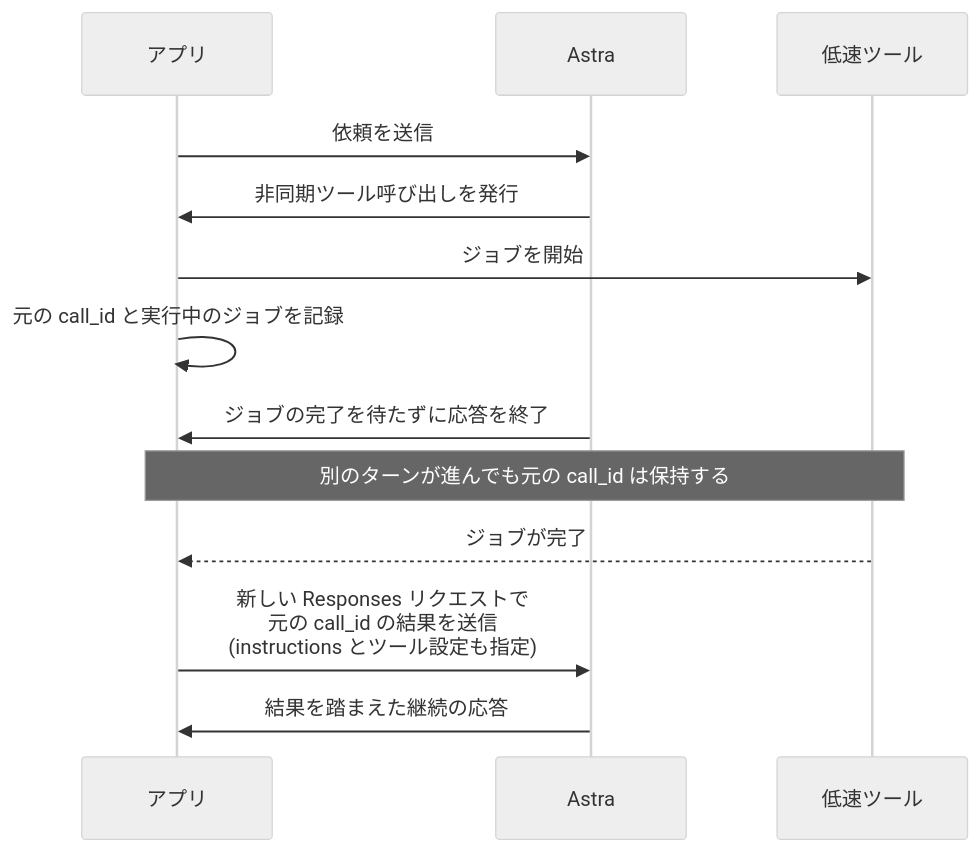
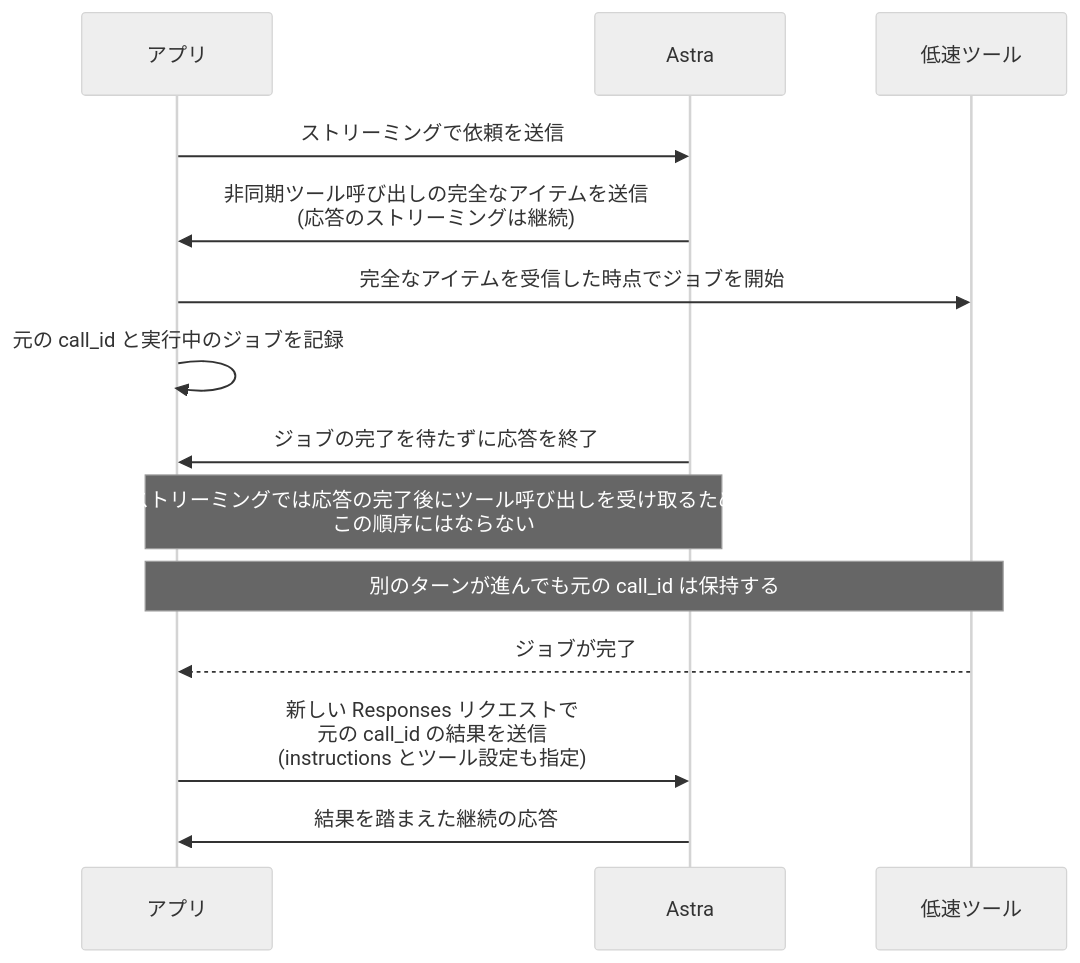
The seventh of 12 diagrams in Openai-gpt-6-astra-best-practices-guide.md (myoshi2891/Comparison-of-LLMs), drawn with Mermaid (neutral theme) before and after one commit. The commit also changed other lines of this file, not shown here.

````diff
--- a/Openai-gpt-6-astra-best-practices-guide.md
+++ b/Openai-gpt-6-astra-best-practices-guide.md
@@ -505,15 +505,16 @@
 ```mermaid
 sequenceDiagram
   participant App as アプリ
   participant M as Astra
   participant T as 低速ツール
-  App->>M: 依頼を送信
-  M->>App: 非同期ツール呼び出しを発行
-  App->>T: ジョブを開始
+  App->>M: ストリーミングで依頼を送信
+  M->>App: 非同期ツール呼び出しの完全なアイテムを送信<br/>(応答のストリーミングは継続)
+  App->>T: 完全なアイテムを受信した時点でジョブを開始
   App->>App: 元の call_id と実行中のジョブを記録
   M->>App: ジョブの完了を待たずに応答を終了
+  Note over App,M: 非ストリーミングでは応答の完了後にツール呼び出しを受け取るため、<br/>この順序にはならない
   Note over App,T: 別のターンが進んでも元の call_id は保持する
   T-->>App: ジョブが完了
   App->>M: 新しい Responses リクエストで<br/>元の call_id の結果を送信<br/>(instructions とツール設定も指定)
   M->>App: 結果を踏まえた継続の応答
 ```
````
